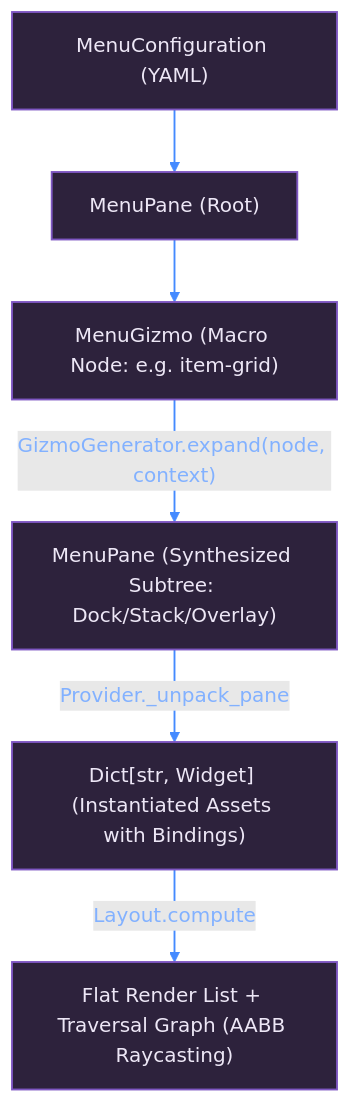
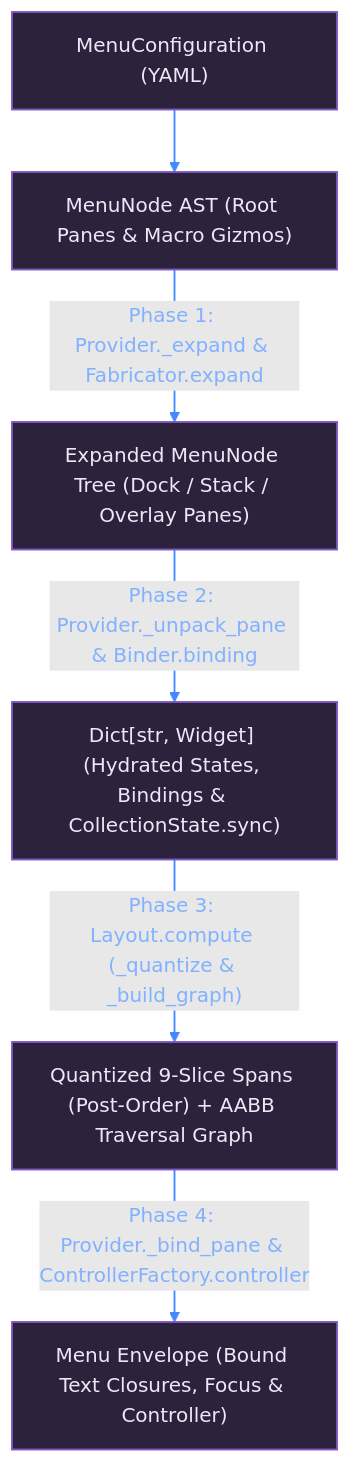
The diagram in docs/static/mmd/menu-flow.mmd (chinchalinchin/ontology), drawn with Mermaid (forest theme) before and after one commit. The commit also changed 5 other files, not shown here.

```diff
--- a/docs/static/mmd/menu-flow.mmd
+++ b/docs/static/mmd/menu-flow.mmd
@@ -1,17 +1,17 @@
 flowchart TD
     A["MenuConfiguration (YAML)"]
-    B["MenuPane (Root)"]
-    C["MenuGizmo (Macro Node: e.g. item-grid)"]
-    D["MenuPane (Synthesized Subtree: Dock/Stack/Overlay)"]
-    E["Dict[str, Widget] (Instantiated Assets with Bindings)"]
-    F["Flat Render List + Traversal Graph (AABB Raycasting)"]
+    B["MenuNode AST (Root Panes & Macro Gizmos)"]
+    C["Expanded MenuNode Tree (Dock / Stack / Overlay Panes)"]
+    D["Dict[str, Widget] (Hydrated States, Bindings & CollectionState.sync)"]
+    E["Quantized 9-Slice Spans (Post-Order) + AABB Traversal Graph"]
+    F["Menu Envelope (Bound Text Closures, Focus & Controller)"]
 
     A --> B
-    B --> C
-    C -->|"GizmoGenerator.expand(node, context)"| D
-    D -->|"Provider._unpack_pane"| E
-    E -->|"Layout.compute"| F
+    B -->|"Phase 1: Provider._expand & Fabricator.expand"| C
+    C -->|"Phase 2: Provider._unpack_pane & Binder.binding"| D
+    D -->|"Phase 3: Layout.compute (_quantize & _build_graph)"| E
+    E -->|"Phase 4: Provider._bind_pane & ControllerFactory.controller"| F
 
     classDef default fill:#2d223c,stroke:#7e57c2,stroke-width:1.5px,color:#ede7f6;
     classDef edgeLabel fill:#1e2129,color:#82b1ff;
     linkStyle default stroke:#448aff,stroke-width:1.5px;
```
